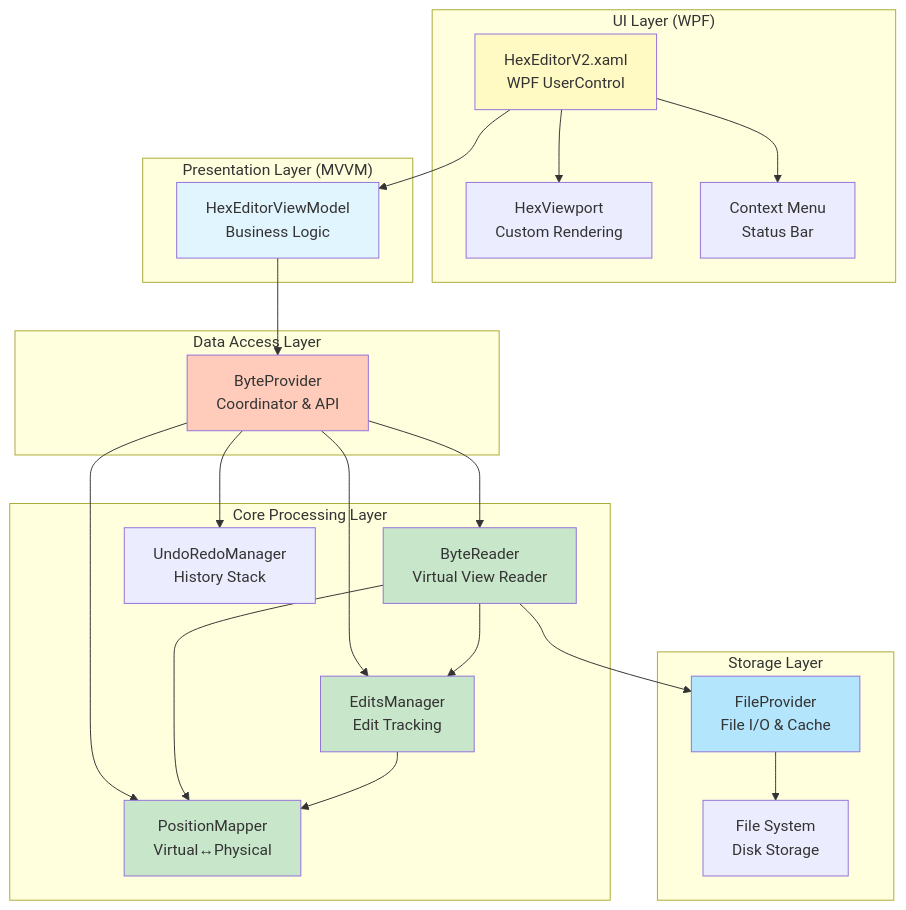
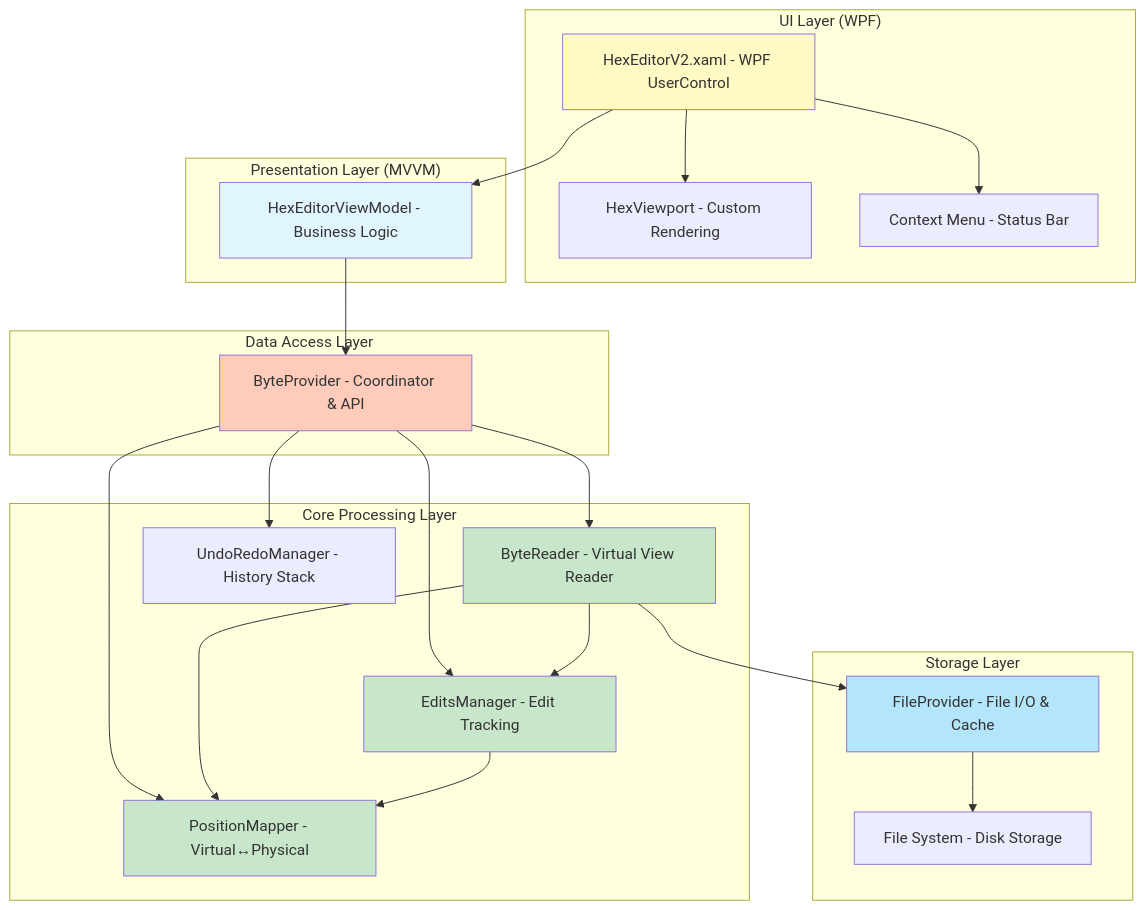
The first of 24 diagrams in ARCHITECTURE_V2.md (myd7349/WpfHexEditorControl), drawn with Mermaid before and after one commit. The commit also changed other lines of this file, not shown here.

Commit message:
Fix Mermaid diagram br tags for GitHub compatibility (partial)
GitHub's Mermaid renderer doesn't consistently support <br/> tags in node
labels. Replaced with hyphen-separated text in Component Overview and
High-Level Architecture diagrams.

Changes:
- Component Overview diagram (lines 112-151): All <br/> replaced with ' - '
- High-Level Architecture diagram (lines 50-104): All <br/> replaced with ' - '

Note: 100+ more <br/> occurrences remain in other diagrams. These will be
fixed if GitHub still has rendering issues after this change.

````diff
--- a/ARCHITECTURE_V2.md
+++ b/ARCHITECTURE_V2.md
@@ -50,55 +50,55 @@
 ```mermaid
 graph TB
     subgraph "UI Layer (WPF)"
-        HexEditorV2[HexEditorV2.xaml<br/>WPF UserControl]
-        HexViewport[HexViewport<br/>Custom Rendering]
-        ContextMenu[Context Menu<br/>Status Bar]
+        HexEditorV2["HexEditorV2.xaml - WPF UserControl"]
+        HexViewport["HexViewport - Custom Rendering"]
+        ContextMenu["Context Menu - Status Bar"]
     end
 
     subgraph "Presentation Layer (MVVM)"
-        ViewModel[HexEditorViewModel<br/>Business Logic]
+        ViewModel["HexEditorViewModel - Business Logic"]
     end
 
     subgraph "Data Access Layer"
-        ByteProvider[ByteProvider<br/>Coordinator & API]
+        ByteProvider["ByteProvider - Coordinator & API"]
     end
 
     subgraph "Core Processing Layer"
-        ByteReader[ByteReader<br/>Virtual View Reader]
-        EditsManager[EditsManager<br/>Edit Tracking]
-        PositionMapper[PositionMapper<br/>Virtual↔Physical]
-        UndoRedoManager[UndoRedoManager<br/>History Stack]
+        ByteReader["ByteReader - Virtual View Reader"]
+        EditsManager["EditsManager - Edit Tracking"]
+        PositionMapper["PositionMapper - Virtual↔Physical"]
+        UndoRedoManager["UndoRedoManager - History Stack"]
     end
 
     subgraph "Storage Layer"
-        FileProvider[FileProvider<br/>File I/O & Cache]
-        FileSystem[File System<br/>Disk Storage]
+        FileProvider["FileProvider - File I/O & Cache"]
+        FileSystem["File System - Disk Storage"]
     end
 
     HexEditorV2 --> HexViewport
     HexEditorV2 --> ContextMenu
     HexEditorV2 --> ViewModel
 
     ViewModel --> ByteProvider
 
     ByteProvider --> ByteReader
     ByteProvider --> EditsManager
     ByteProvider --> PositionMapper
     ByteProvider --> UndoRedoManager
 
     ByteReader --> EditsManager
     ByteReader --> PositionMapper
     ByteReader --> FileProvider
 
     EditsManager --> PositionMapper
 
     FileProvider --> FileSystem
 
     style HexEditorV2 fill:#fff9c4
     style ViewModel fill:#e1f5ff
     style ByteProvider fill:#ffccbc
     style ByteReader fill:#c8e6c9
     style EditsManager fill:#c8e6c9
     style PositionMapper fill:#c8e6c9
     style FileProvider fill:#b3e5fc
 ```
````
